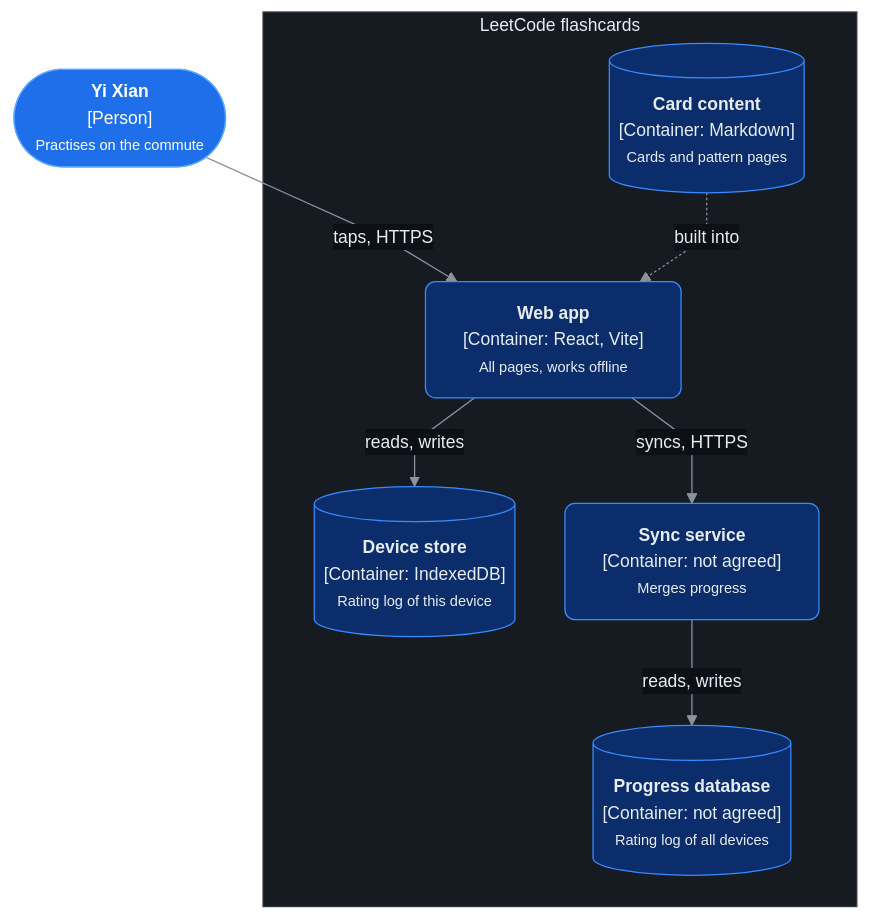
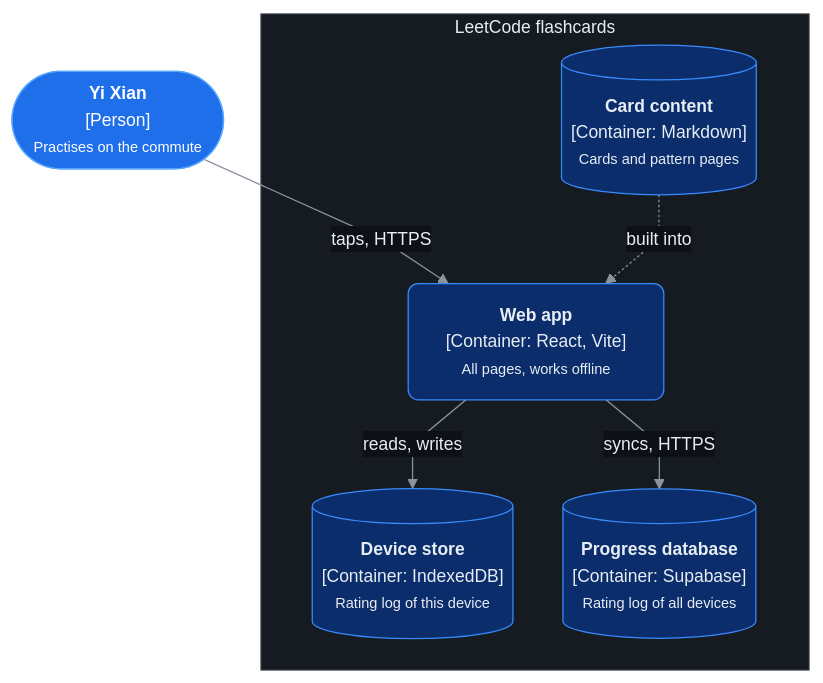
One commit to lyeyixian/leetcode-flashcards changed the second of 3 diagrams in docs/architecture/README.md. Above: the diagram before and after it, drawn with Mermaid. The commit also changed other lines of this file and 3 other files, not shown here.

First line of the commit message:
docs(adr): record Supabase as the progress store

````diff
--- a/docs/architecture/README.md
+++ b/docs/architecture/README.md
@@ -45,26 +43,24 @@
 ```mermaid
 %%{init: {"theme":"base","themeVariables":{"fontFamily":"system-ui, sans-serif","fontSize":"14px","lineColor":"#8b949e","clusterBkg":"#161b22","clusterBorder":"#30363d","edgeLabelBackground":"#0d1117","primaryTextColor":"#e6edf3","titleColor":"#e6edf3"},"flowchart":{"curve":"linear","nodeSpacing":40,"rankSpacing":50}}}%%
 flowchart TB
     user(["<b>Yi Xian</b><br/>[Person]<br/><small>Practises on the commute</small>"]):::person
 
     subgraph system["LeetCode flashcards"]
         content[("<b>Card content</b><br/>[Container: Markdown]<br/><small>Cards and pattern pages</small>")]:::store
         app["<b>Web app</b><br/>[Container: React, Vite]<br/><small>All pages, works offline</small>"]:::container
         local[("<b>Device store</b><br/>[Container: IndexedDB]<br/><small>Rating log of this device</small>")]:::store
-        sync["<b>Sync service</b><br/>[Container: not agreed]<br/><small>Merges progress</small>"]:::container
-        db[("<b>Progress database</b><br/>[Container: not agreed]<br/><small>Rating log of all devices</small>")]:::store
+        db[("<b>Progress database</b><br/>[Container: Supabase]<br/><small>Rating log of all devices</small>")]:::store
     end
 
     user -- "taps, HTTPS" --> app
     content -. "built into" .-> app
     app -- "reads, writes" --> local
-    app -- "syncs, HTTPS" --> sync
-    sync -- "reads, writes" --> db
+    app -- "syncs, HTTPS" --> db
 
     classDef person fill:#1f6feb,stroke:#58a6ff,color:#ffffff,rx:8,ry:8
     classDef system fill:#1f6feb,stroke:#58a6ff,color:#ffffff,rx:8,ry:8
     classDef container fill:#0c2d6b,stroke:#388bfd,color:#e6edf3,rx:8,ry:8
     classDef component fill:#0c2d6b,stroke:#388bfd,color:#e6edf3,rx:8,ry:8
     classDef store fill:#0c2d6b,stroke:#388bfd,color:#e6edf3
     classDef external fill:#21262d,stroke:#8b949e,color:#c9d1d9,stroke-dasharray:4 3,rx:8,ry:8
 ```
````
